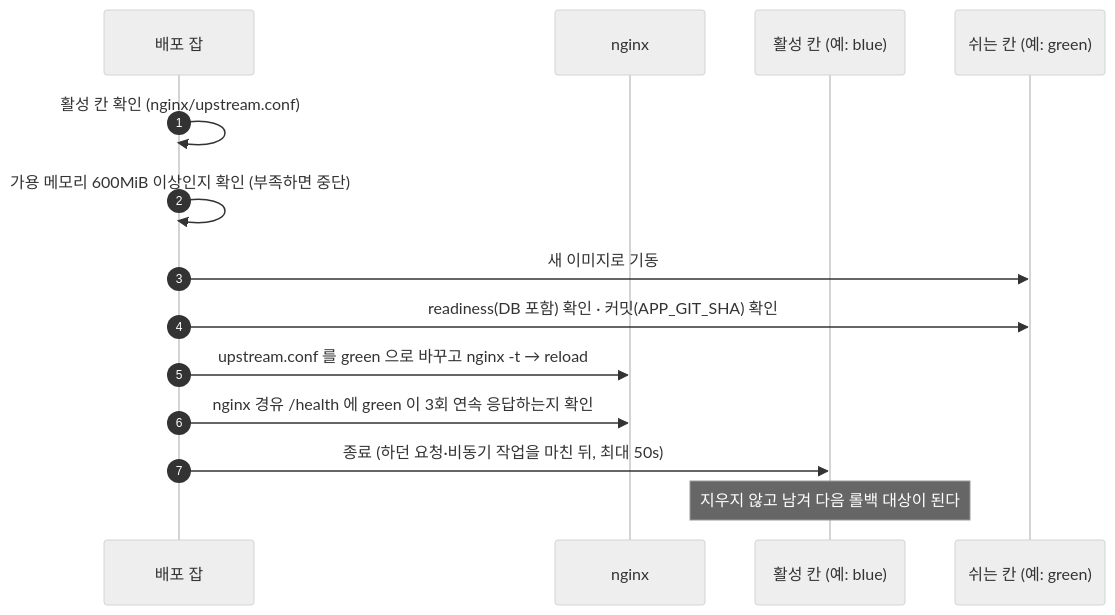
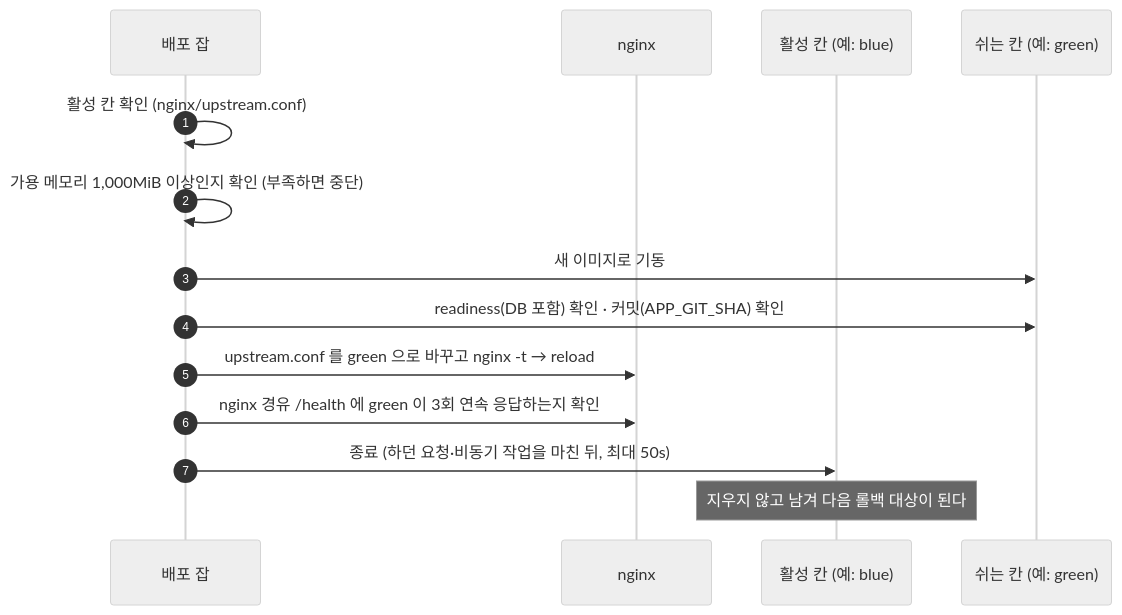
Before and after one commit to woowacourse-teams/2026-sssOK: the second of 3 diagrams in docs/deployment/DEPLOYMENT.md, drawn with Mermaid (neutral theme). The commit also changed other lines of this file and 9 other files, not shown here.

````diff
--- a/docs/deployment/DEPLOYMENT.md
+++ b/docs/deployment/DEPLOYMENT.md
@@ -367,16 +377,16 @@
 ```mermaid
 sequenceDiagram
     autonumber
     participant CI as 배포 잡
     participant N as nginx
     participant Old as 활성 칸 (예: blue)
     participant New as 쉬는 칸 (예: green)
     CI->>CI: 활성 칸 확인 (nginx/upstream.conf)
-    CI->>CI: 가용 메모리 600MiB 이상인지 확인 (부족하면 중단)
+    CI->>CI: 가용 메모리 1,000MiB 이상인지 확인 (부족하면 중단)
     CI->>New: 새 이미지로 기동
     CI->>New: readiness(DB 포함) 확인 · 커밋(APP_GIT_SHA) 확인
     CI->>N: upstream.conf 를 green 으로 바꾸고 nginx -t → reload
     CI->>N: nginx 경유 /health 에 green 이 3회 연속 응답하는지 확인
     CI->>Old: 종료 (하던 요청·비동기 작업을 마친 뒤, 최대 50s)
     Note over Old: 지우지 않고 남겨 다음 롤백 대상이 된다
 ```
````
